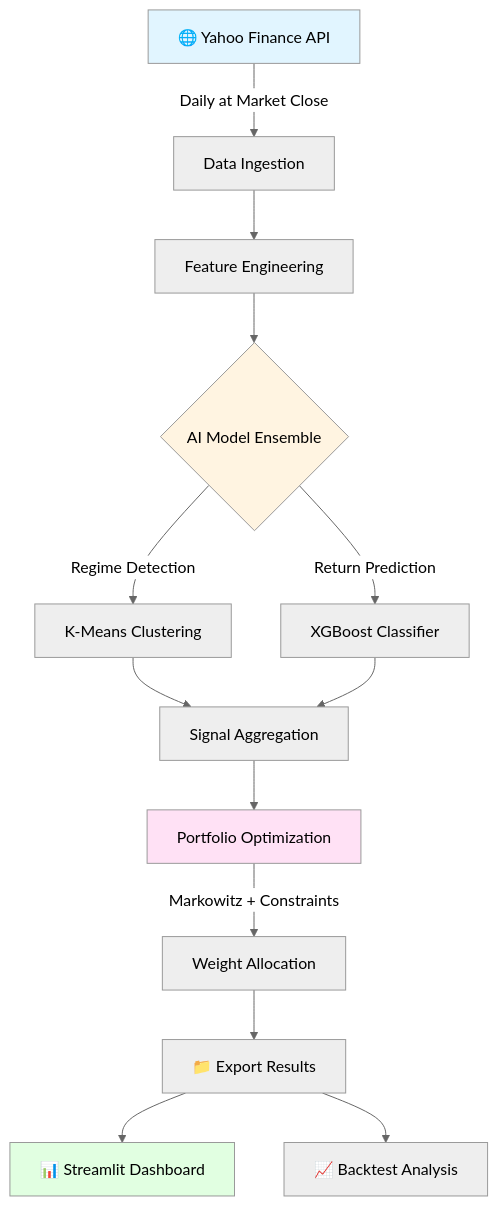
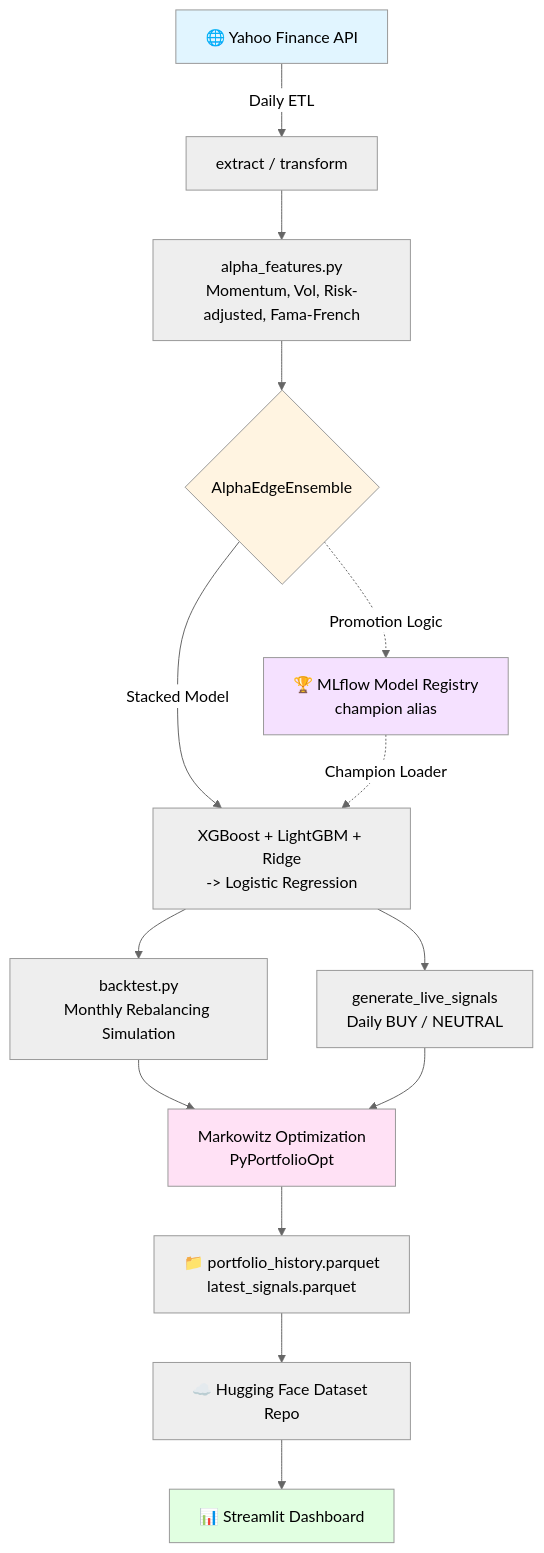
The diagram in README.md (SORADATA/Quantitative-AlphaEdge-AI), drawn with Mermaid (neutral theme) before and after one commit. The commit also changed other lines of this file, not shown here.

````diff
--- a/README.md
+++ b/README.md
@@ -98,19 +99,23 @@
 ```mermaid
 graph TB
-    A[🌐 Yahoo Finance API] -->|Daily at Market Close| B[Data Ingestion]
-    B --> C[Feature Engineering]
-    C --> D{AI Model Ensemble}
-    D -->|Regime Detection| E[K-Means Clustering]
-    D -->|Return Prediction| F[XGBoost Classifier]
-    E & F --> G[Signal Aggregation]
-    G --> H[Portfolio Optimization]
-    H -->|Markowitz + Constraints| I[Weight Allocation]
-    I --> J[📁 Export Results]
+    A[🌐 Yahoo Finance API] -->|Daily ETL| B[extract / transform]
+    B --> C[alpha_features.py<br/>Momentum, Vol, Risk-adjusted, Fama-French]
+    C --> D{AlphaEdgeEnsemble}
+    D -->|Stacked Model| E[XGBoost + LightGBM + Ridge<br/>-> Logistic Regression]
+    E --> F[backtest.py<br/>Monthly Rebalancing Simulation]
+    E --> G[generate_live_signals<br/>Daily BUY / NEUTRAL]
+    F --> H[Markowitz Optimization<br/>PyPortfolioOpt]
+    G --> H
+    H --> I[📁 portfolio_history.parquet<br/>latest_signals.parquet]
+    I --> J[☁️ Hugging Face Dataset Repo]
     J --> K[📊 Streamlit Dashboard]
-    J --> L[📈 Backtest Analysis]
-    
+
+    D -.->|Promotion Logic| L[🏆 MLflow Model Registry<br/>champion alias]
+    L -.->|Champion Loader| E
+
     style A fill:#e1f5ff
     style D fill:#fff4e1
     style H fill:#ffe1f5
     style K fill:#e1ffe1
+    style L fill:#f5e1ff
 ```
````
